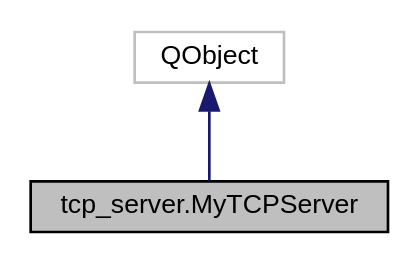
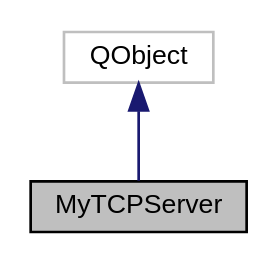
Before and after one commit to UTDCloudPlug/utdcloudplug.github.io: the diagram in classtcp__server_1_1MyTCPServer__coll__graph.dot, drawn with Graphviz. The commit also changed 275 other files, not shown here.

```diff
--- a/classtcp__server_1_1MyTCPServer__coll__graph.dot
+++ b/classtcp__server_1_1MyTCPServer__coll__graph.dot
@@ -1,9 +1,9 @@
-digraph "tcp_server.MyTCPServer"
+digraph "MyTCPServer"
 {
  // LATEX_PDF_SIZE
   edge [fontname="Helvetica",fontsize="10",labelfontname="Helvetica",labelfontsize="10"];
   node [fontname="Helvetica",fontsize="10",shape=record];
-  Node1 [label="tcp_server.MyTCPServer",height=0.2,width=0.4,color="black", fillcolor="grey75", style="filled", fontcolor="black",tooltip=" "];
+  Node1 [label="MyTCPServer",height=0.2,width=0.4,color="black", fillcolor="grey75", style="filled", fontcolor="black",tooltip=" "];
   Node2 -> Node1 [dir="back",color="midnightblue",fontsize="10",style="solid",fontname="Helvetica"];
   Node2 [label="QObject",height=0.2,width=0.4,color="grey75", fillcolor="white", style="filled",tooltip=" "];
 }
```
